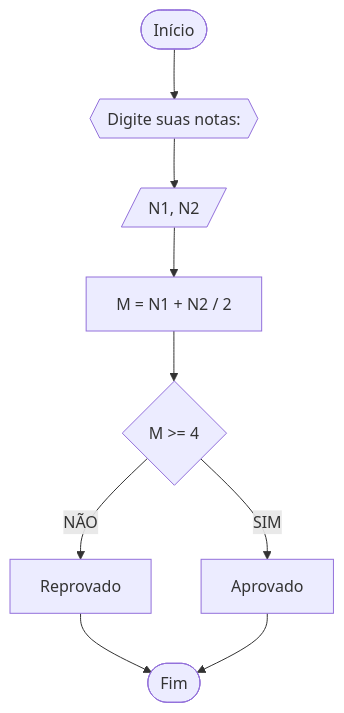
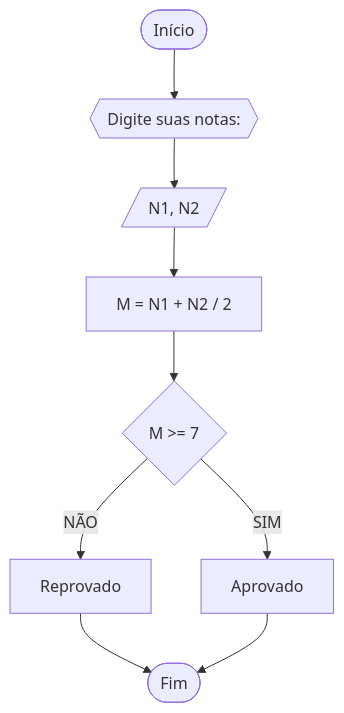
One commit to Jandih/Unifor changed the first of 4 diagrams in RLA/lista_exercicio.md. Above: the diagram before and after it, drawn with Mermaid. The commit also changed other lines of this file, not shown here.

`````diff
--- a/RLA/lista_exercicio.md
+++ b/RLA/lista_exercicio.md
@@ -8,11 +8,11 @@
 ````mermaid
 flowchart TD
 A([Início]) --> B{{Digite suas notas:}}
 B --> C[/N1, N2/]
 C --> D[M = N1 + N2 / 2]
-D --> E{M >= 4}
+D --> E{M >= 7}
 E --NÃO--> F[Reprovado]
 F --> H([Fim])
 E --SIM--> G[Aprovado]
 G --> H
 ````
`````
